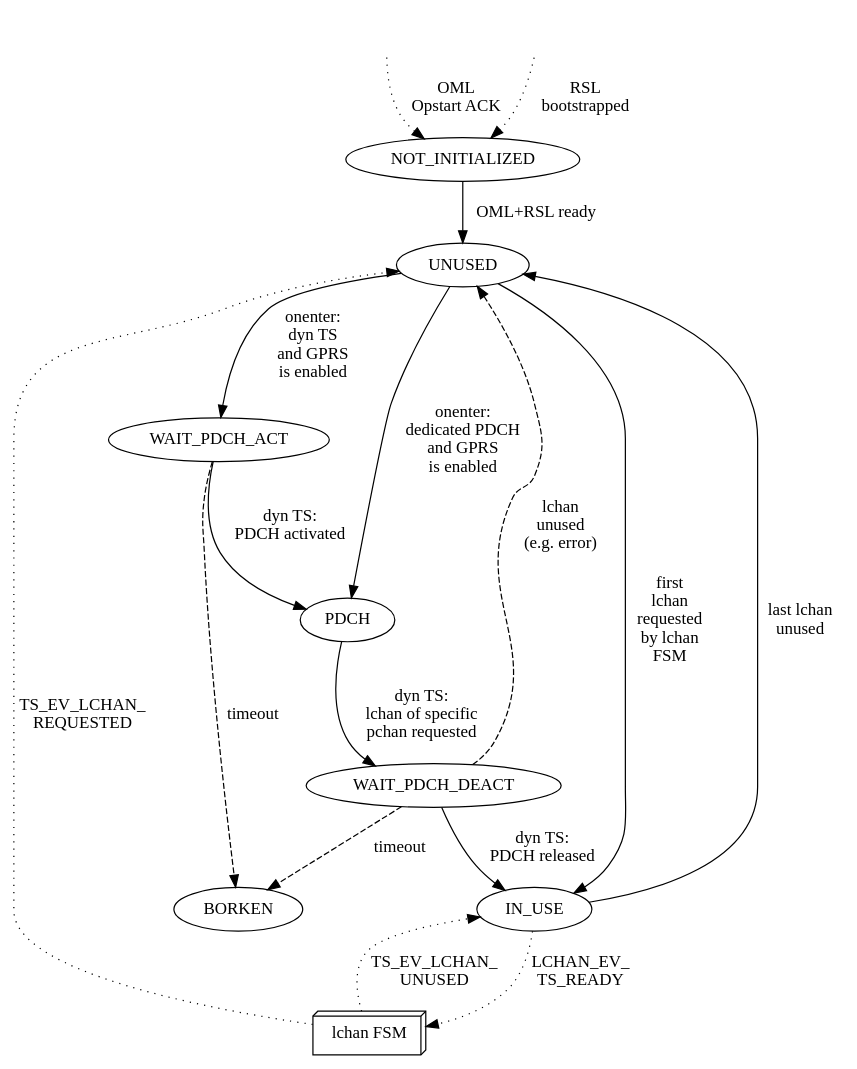
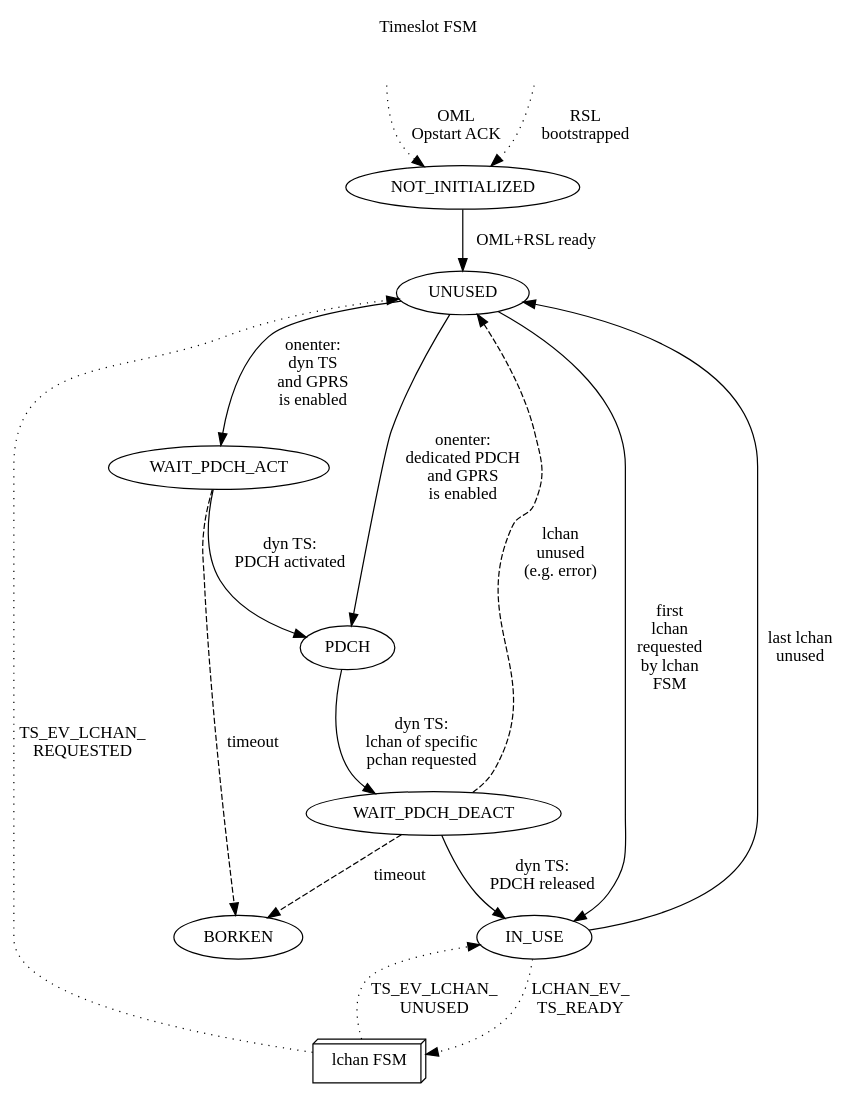
Before and after one commit to osmocom/osmo-bsc: the diagram in doc/timeslot-fsm.dot, drawn with Graphviz. The commit also changed 21 other files, not shown here.

First line of the commit message:
doc: update/fix FSM charts

```diff
--- a/doc/timeslot-fsm.dot
+++ b/doc/timeslot-fsm.dot
@@ -1,36 +1,37 @@
 digraph G {
-rankdir=TB;
+rankdir=TB
+labelloc=t; label="Timeslot FSM"
 	
 	invisible [style="invisible"]
 	invisible2 [style="invisible"]
 	NOT_INITIALIZED
-	lchan [label="lchan FSM",shape=box3d];
+	lchan [label="lchan FSM",shape=box3d]
 	UNUSED
 	IN_USE
 	BORKEN
 	PDCH
 	WAIT_PDCH_ACT
 	WAIT_PDCH_DEACT
 
 	invisible -> NOT_INITIALIZED [label="OML\nOpstart ACK",style=dotted]
 	invisible2 -> NOT_INITIALIZED [label="RSL\nbootstrapped",style=dotted]
 	
 	NOT_INITIALIZED -> UNUSED [label="OML+RSL ready"]
 
 	UNUSED -> IN_USE [label="first\nlchan\nrequested\nby lchan\nFSM"]
 	IN_USE -> UNUSED [label="last lchan\nunused"]
 
 	UNUSED -> PDCH [label="onenter:\ndedicated PDCH\nand GPRS\nis enabled"]
 	UNUSED -> WAIT_PDCH_ACT [label="onenter:\ndyn TS\nand GPRS\nis enabled"]
 	WAIT_PDCH_ACT -> PDCH [label="dyn TS:\nPDCH activated"]
 
 	PDCH -> WAIT_PDCH_DEACT [label="dyn TS:\nlchan of specific\npchan requested"]
 	WAIT_PDCH_DEACT -> UNUSED [label="lchan\nunused\n(e.g. error)",style=dashed]
 	WAIT_PDCH_DEACT -> IN_USE [label="dyn TS:\nPDCH released"]
 
 	lchan -> {UNUSED} [label="TS_EV_LCHAN_\nREQUESTED",style=dotted]
 	{IN_USE} -> lchan [label="LCHAN_EV_\nTS_READY",style=dotted]
 	lchan -> IN_USE [label="TS_EV_LCHAN_\nUNUSED",style=dotted]
 
 	{WAIT_PDCH_ACT,WAIT_PDCH_DEACT} -> BORKEN [label=timeout,style=dashed]
 }
```
